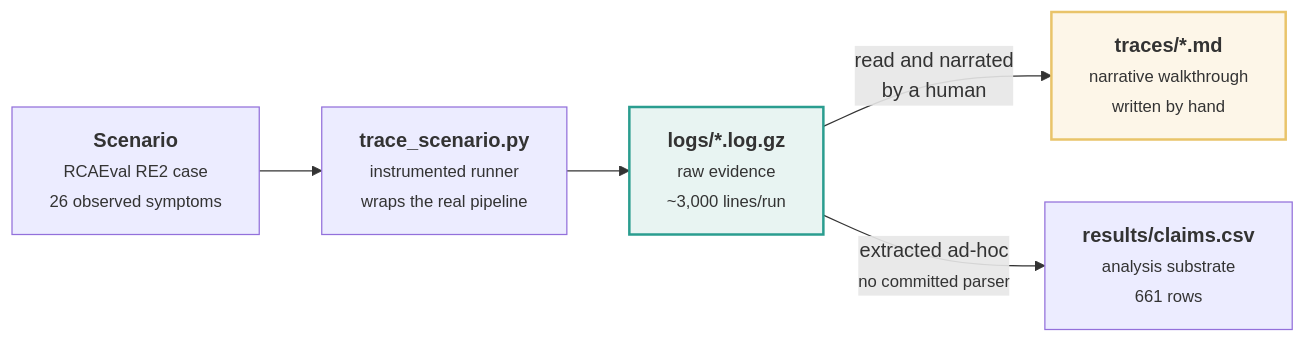
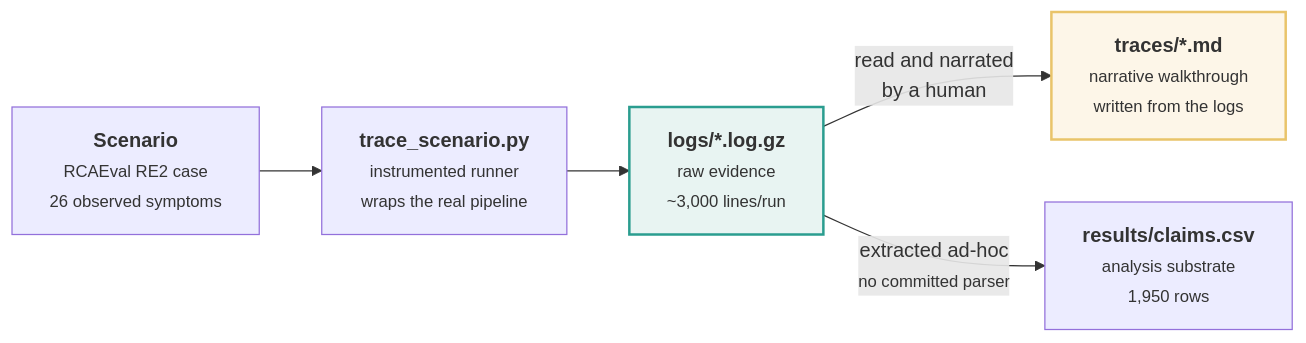
The first of 5 diagrams in experiment-1-benchmark/traces/README.md (shivamshashank/CloudGraph), drawn with Mermaid before and after one commit. The commit also changed other lines of this file and 77 other files, not shown here.

First line of the commit message:
Add script to rebuild claims.csv from raw run logs

````diff
--- a/experiment-1-benchmark/traces/README.md
+++ b/experiment-1-benchmark/traces/README.md
@@ -18,15 +18,15 @@
 ```mermaid
 flowchart LR
     A["<b>Scenario</b><br/><small>RCAEval RE2 case<br/>26 observed symptoms</small>"]
     B["<b>trace_scenario.py</b><br/><small>instrumented runner<br/>wraps the real pipeline</small>"]
     C["<b>logs/*.log.gz</b><br/><small>raw evidence<br/>~3,000 lines/run</small>"]
-    D["<b>traces/*.md</b><br/><small>narrative walkthrough<br/>written by hand</small>"]
-    E["<b>results/claims.csv</b><br/><small>analysis substrate<br/>661 rows</small>"]
+    D["<b>traces/*.md</b><br/><small>narrative walkthrough<br/>written from the logs</small>"]
+    E["<b>results/claims.csv</b><br/><small>analysis substrate<br/>1,950 rows</small>"]
 
     A --> B --> C
     C -->|"read and narrated<br/>by a human"| D
     C -->|"extracted ad-hoc<br/><small>no committed parser</small>"| E
 
     style C fill:#e8f4f2,stroke:#2a9d8f,stroke-width:2px
     style D fill:#fdf6e8,stroke:#e9c46a,stroke-width:2px
 ```
````
